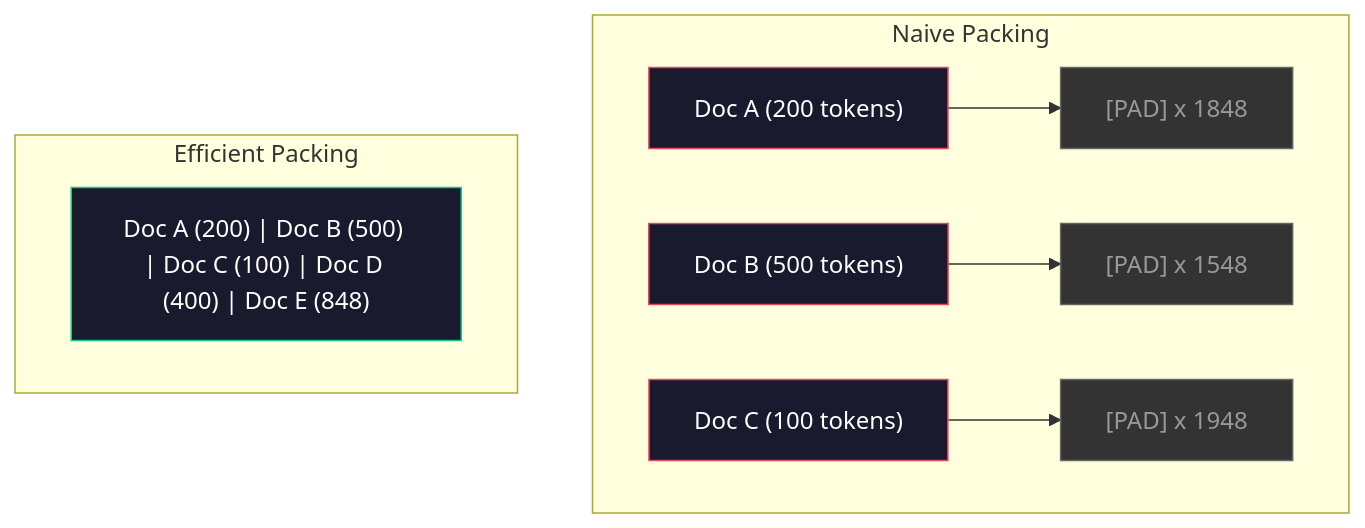
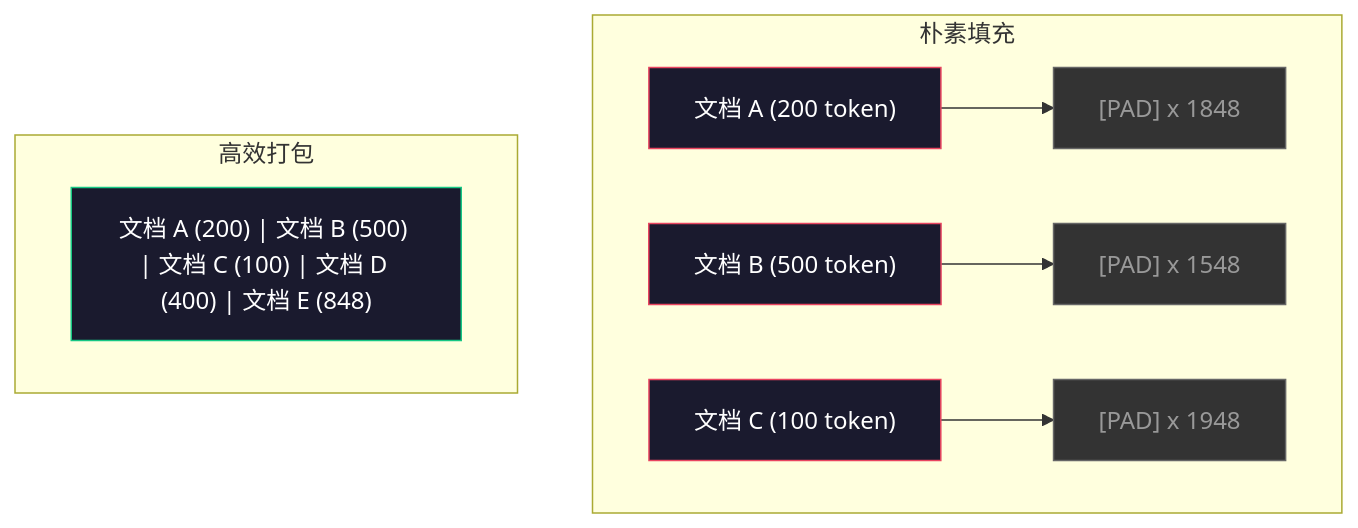
Before and after one commit to alessandrodinisio-ai/ai-engineering-learning-framework: the third of 3 diagrams in phases/10-llms-from-scratch/03-data-pipelines/docs/zh.md, drawn with Mermaid. The commit also changed other lines of this file and 120 other files, not shown here.

First line of the commit message:
i18n(mermaid): 337 个 mermaid 图表标签中文化

````diff
--- a/phases/10-llms-from-scratch/03-data-pipelines/docs/zh.md
+++ b/phases/10-llms-from-scratch/03-data-pipelines/docs/zh.md
@@ -137,20 +137,20 @@
 ```mermaid
 graph TD
-    subgraph Naive Packing
-        A1["Doc A (200 tokens)"] --> P1["[PAD] x 1848"]
-        A2["Doc B (500 tokens)"] --> P2["[PAD] x 1548"]
-        A3["Doc C (100 tokens)"] --> P3["[PAD] x 1948"]
+    subgraph Naive Packing["朴素填充"]
+        A1["文档 A (200 token)"] --> P1["[PAD] x 1848"]
+        A2["文档 B (500 token)"] --> P2["[PAD] x 1548"]
+        A3["文档 C (100 token)"] --> P3["[PAD] x 1948"]
     end
 
-    subgraph Efficient Packing
-        B1["Doc A (200) | Doc B (500) | Doc C (100) | Doc D (400) | Doc E (848)"]
+    subgraph Efficient Packing["高效打包"]
+        B1["文档 A (200) | 文档 B (500) | 文档 C (100) | 文档 D (400) | 文档 E (848)"]
     end
 
     style A1 fill:#1a1a2e,stroke:#e94560,color:#fff
     style A2 fill:#1a1a2e,stroke:#e94560,color:#fff
     style A3 fill:#1a1a2e,stroke:#e94560,color:#fff
     style P1 fill:#333,stroke:#666,color:#999
     style P2 fill:#333,stroke:#666,color:#999
     style P3 fill:#333,stroke:#666,color:#999
     style B1 fill:#1a1a2e,stroke:#16c784,color:#fff
 ```
````
